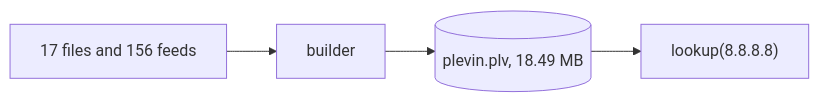
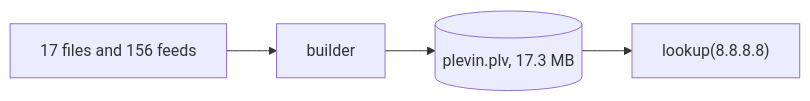
The first of 6 diagrams in builder/README.md (tn3w/plevin), drawn with Mermaid before and after one commit. The commit also changed other lines of this file, not shown here.

````diff
--- a/builder/README.md
+++ b/builder/README.md
@@ -22,6 +22,6 @@
 ```mermaid
 flowchart LR
     S["17 files and 156 feeds"] --> B[builder]
-    B --> D[("plevin.plv, 18.49 MB")]
+    B --> D[("plevin.plv, 17.3 MB")]
     D --> Q["lookup(8.8.8.8)"]
 ```
````
